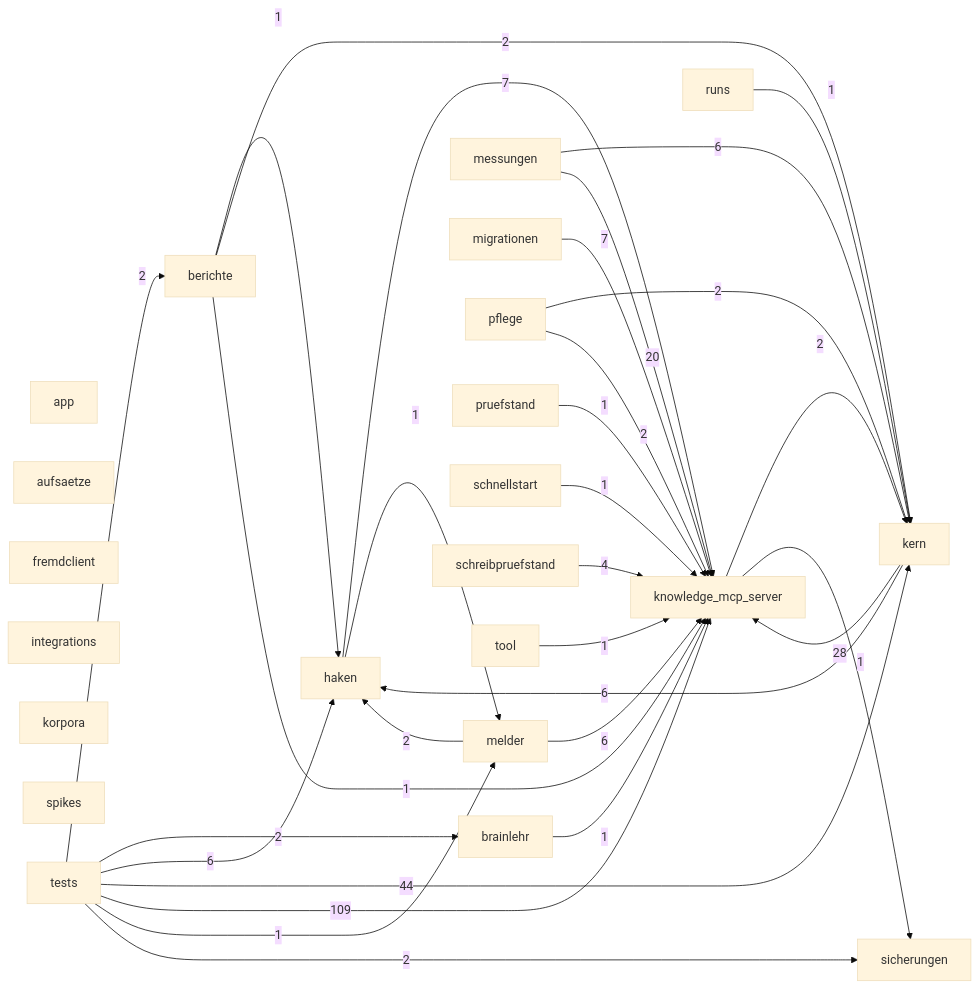
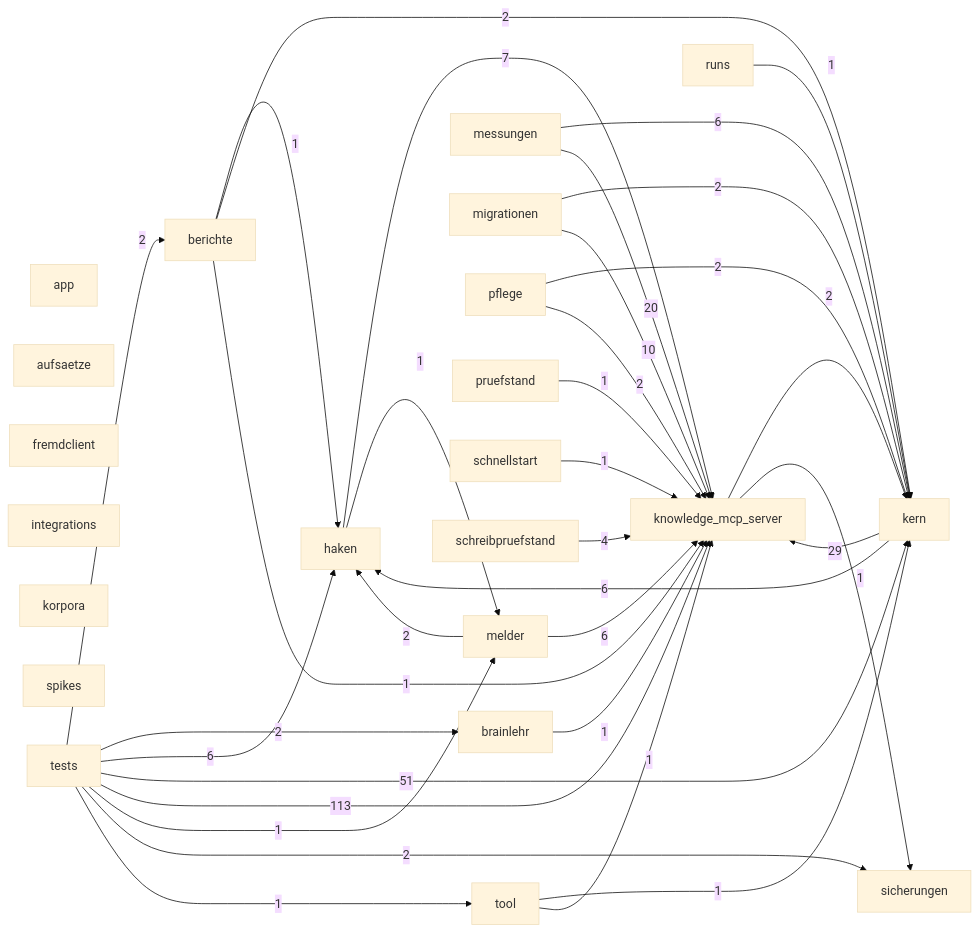
The diagram in docs/karten/code-brainlehr.md (3lehr/brainlehr), drawn with Mermaid (base theme) before and after one commit. The commit also changed other lines of this file and 5 other files, not shown here.

````diff
--- a/docs/karten/code-brainlehr.md
+++ b/docs/karten/code-brainlehr.md
@@ -5,54 +5,57 @@
 ```mermaid
 graph LR
   app["app"]
   aufsaetze["aufsaetze"]
   berichte["berichte"]
   brainlehr["brainlehr"]
   fremdclient["fremdclient"]
   haken["haken"]
   integrations["integrations"]
   kern["kern"]
   knowledge_mcp_server["knowledge_mcp_server"]
   korpora["korpora"]
   melder["melder"]
   messungen["messungen"]
   migrationen["migrationen"]
   pflege["pflege"]
   pruefstand["pruefstand"]
   runs["runs"]
   schnellstart["schnellstart"]
   schreibpruefstand["schreibpruefstand"]
   sicherungen["sicherungen"]
   spikes["spikes"]
   tests["tests"]
   tool["tool"]
   berichte -->|1| haken
   berichte -->|2| kern
   berichte -->|1| knowledge_mcp_server
   brainlehr -->|1| knowledge_mcp_server
   haken -->|7| knowledge_mcp_server
   haken -->|1| melder
   kern -->|6| haken
-  kern -->|28| knowledge_mcp_server
+  kern -->|29| knowledge_mcp_server
   knowledge_mcp_server -->|2| kern
   knowledge_mcp_server -->|1| sicherungen
   melder -->|2| haken
   melder -->|6| knowledge_mcp_server
   messungen -->|6| kern
   messungen -->|20| knowledge_mcp_server
-  migrationen -->|7| knowledge_mcp_server
+  migrationen -->|2| kern
+  migrationen -->|10| knowledge_mcp_server
   pflege -->|2| kern
   pflege -->|2| knowledge_mcp_server
   pruefstand -->|1| knowledge_mcp_server
   runs -->|1| kern
   schnellstart -->|1| knowledge_mcp_server
   schreibpruefstand -->|4| knowledge_mcp_server
   tests -->|2| berichte
   tests -->|2| brainlehr
   tests -->|6| haken
-  tests -->|44| kern
-  tests -->|109| knowledge_mcp_server
+  tests -->|51| kern
+  tests -->|113| knowledge_mcp_server
   tests -->|1| melder
   tests -->|2| sicherungen
+  tests -->|1| tool
+  tool -->|1| kern
   tool -->|1| knowledge_mcp_server
 ```
````
